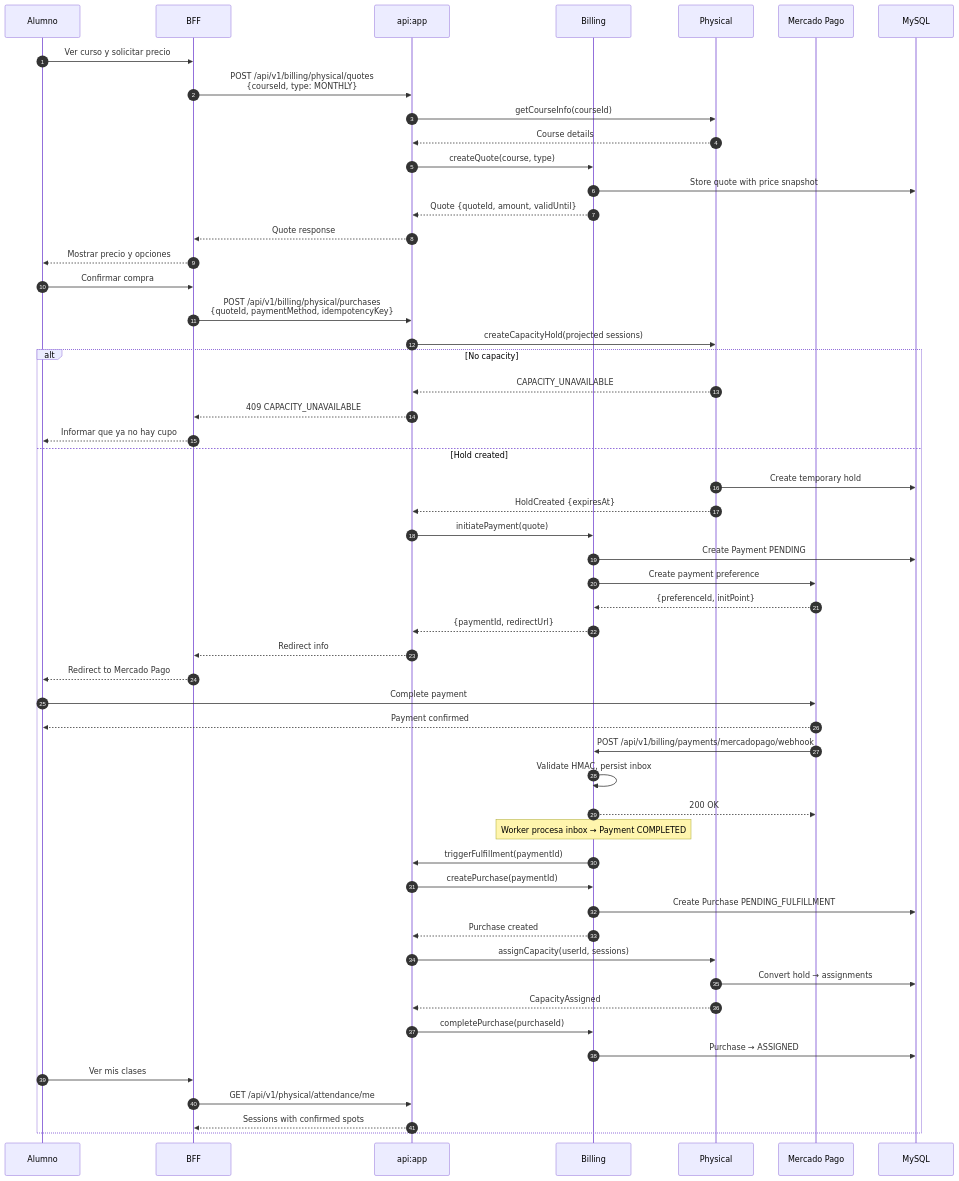
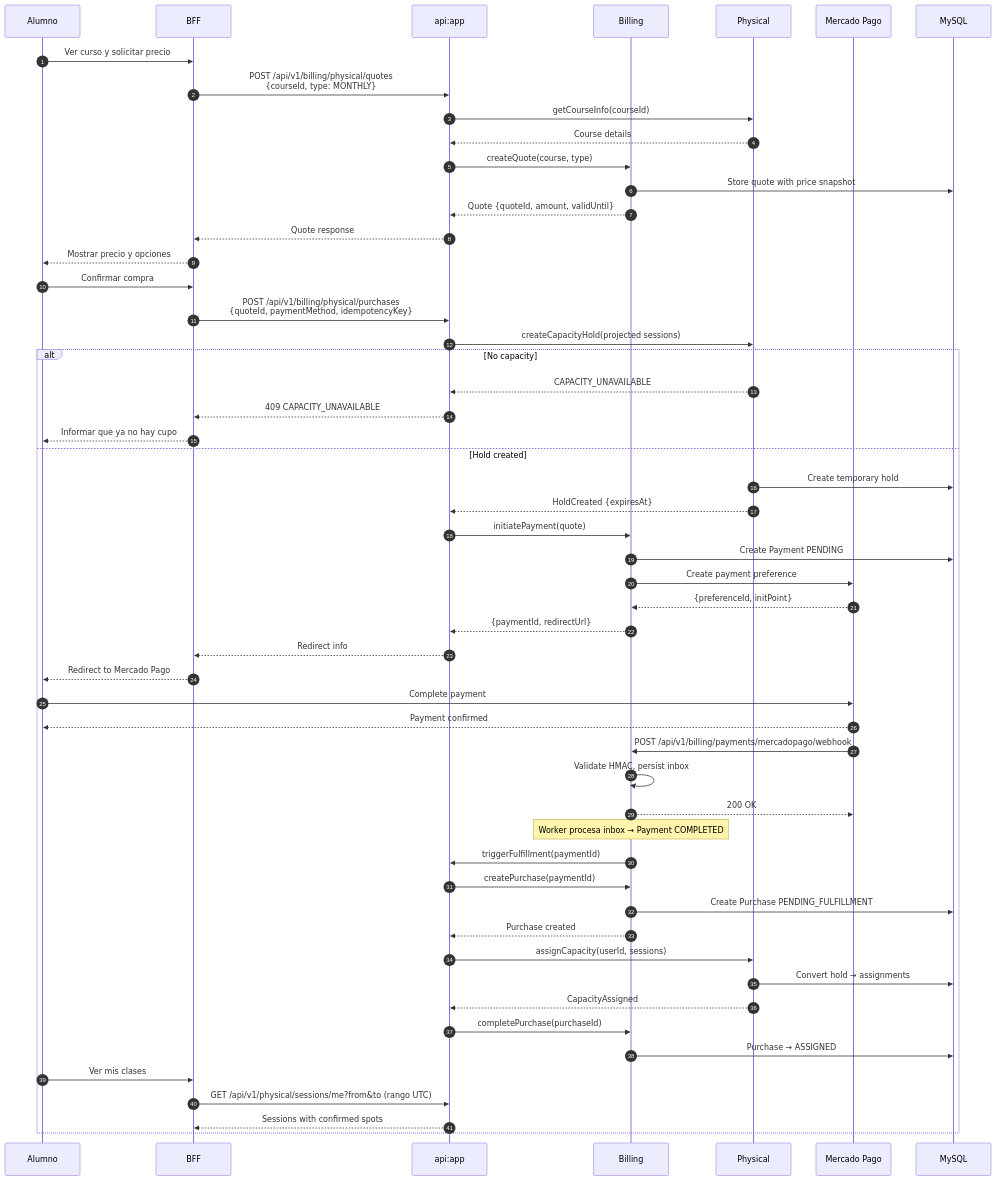
The fourth of 9 diagrams in docs/diagrams/SEQUENCE-DIAGRAMS.md (urrestarazu-org/menta-dance), drawn with Mermaid before and after one commit. The commit also changed 10 other files, not shown here.

First line of the commit message:
docs(physical): contrato UTC de las lecturas de mis sesiones y mi asistencia (#729) (#739)

````diff
--- a/docs/diagrams/SEQUENCE-DIAGRAMS.md
+++ b/docs/diagrams/SEQUENCE-DIAGRAMS.md
@@ -162,71 +162,71 @@
 ```mermaid
 sequenceDiagram
     autonumber
     participant Alumno
     participant BFF
     participant App as api:app
     participant Billing
     participant Physical
     participant MP as Mercado Pago
     participant MySQL
 
     %% Cotización
     Alumno->>BFF: Ver curso y solicitar precio
     BFF->>App: POST /api/v1/billing/physical/quotes<br/>{courseId, type: MONTHLY}
     App->>Physical: getCourseInfo(courseId)
     Physical-->>App: Course details
     App->>Billing: createQuote(course, type)
     Billing->>MySQL: Store quote with price snapshot
     Billing-->>App: Quote {quoteId, amount, validUntil}
     App-->>BFF: Quote response
     BFF-->>Alumno: Mostrar precio y opciones
 
     %% Checkout
     Alumno->>BFF: Confirmar compra
     BFF->>App: POST /api/v1/billing/physical/purchases<br/>{quoteId, paymentMethod, idempotencyKey}
 
     App->>Physical: createCapacityHold(projected sessions)
     alt No capacity
         Physical-->>App: CAPACITY_UNAVAILABLE
         App-->>BFF: 409 CAPACITY_UNAVAILABLE
         BFF-->>Alumno: Informar que ya no hay cupo
     else Hold created
         Physical->>MySQL: Create temporary hold
         Physical-->>App: HoldCreated {expiresAt}
         App->>Billing: initiatePayment(quote)
         Billing->>MySQL: Create Payment PENDING
         Billing->>MP: Create payment preference
         MP-->>Billing: {preferenceId, initPoint}
         Billing-->>App: {paymentId, redirectUrl}
         App-->>BFF: Redirect info
         BFF-->>Alumno: Redirect to Mercado Pago
 
         %% Pago externo
         Alumno->>MP: Complete payment
         MP-->>Alumno: Payment confirmed
 
         %% Webhook (ver diagrama 5) — Billing es dueño del endpoint
         MP->>Billing: POST /api/v1/billing/payments/mercadopago/webhook
         Billing->>Billing: Validate HMAC, persist inbox
         Billing-->>MP: 200 OK
 
         Note over Billing: Worker procesa inbox → Payment COMPLETED
         Billing->>App: triggerFulfillment(paymentId)
 
         %% Purchase se crea AQUÍ, después de COMPLETED
         App->>Billing: createPurchase(paymentId)
         Billing->>MySQL: Create Purchase PENDING_FULFILLMENT
         Billing-->>App: Purchase created
 
         App->>Physical: assignCapacity(userId, sessions)
         Physical->>MySQL: Convert hold → assignments
         Physical-->>App: CapacityAssigned
 
         App->>Billing: completePurchase(purchaseId)
         Billing->>MySQL: Purchase → ASSIGNED
 
         Alumno->>BFF: Ver mis clases
-        BFF->>App: GET /api/v1/physical/attendance/me
+        BFF->>App: GET /api/v1/physical/sessions/me?from&to (rango UTC)
         App-->>BFF: Sessions with confirmed spots
     end
 ```
````
